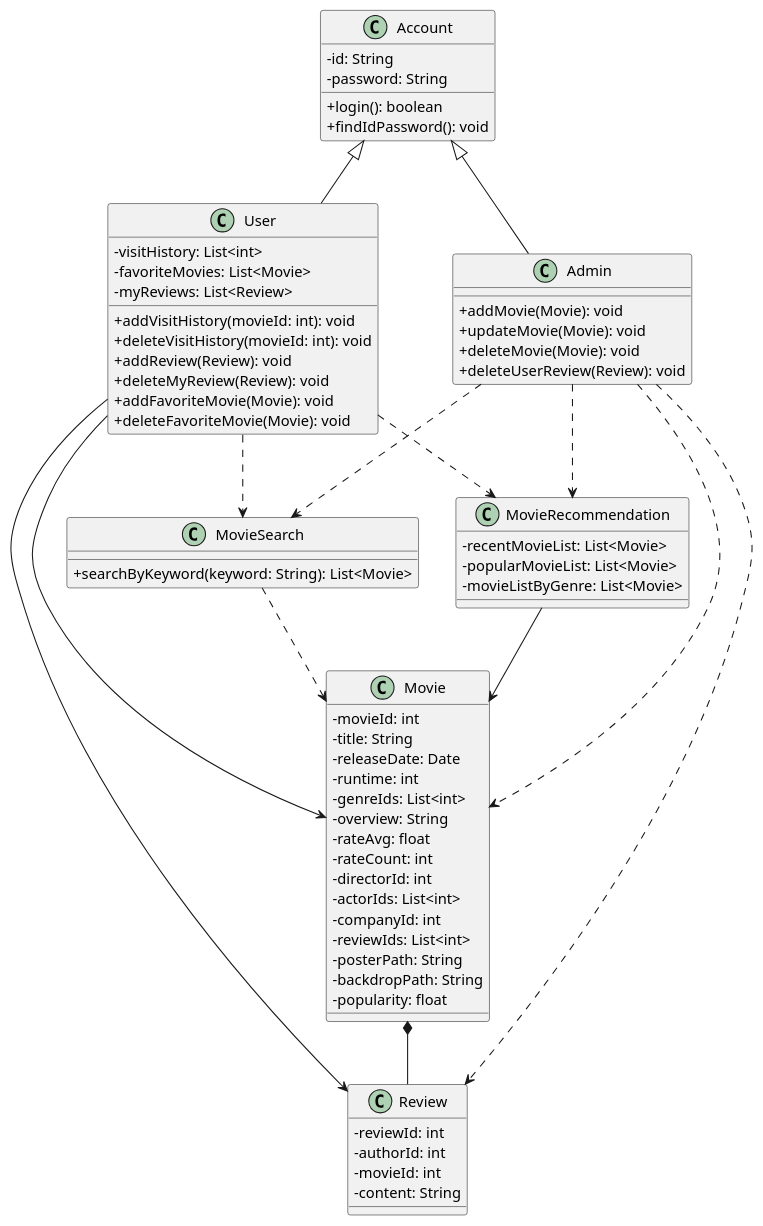
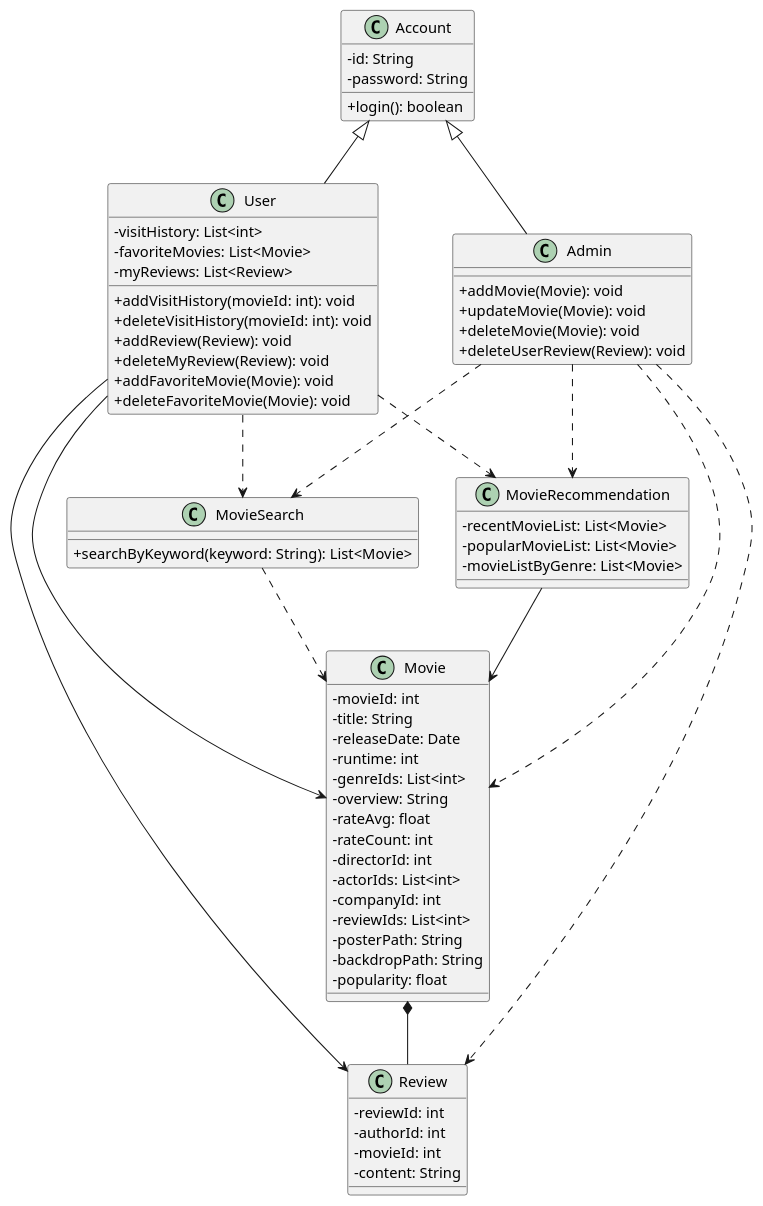
The diagram in src/class.puml (marmot8080/SWE), drawn with PlantUML before and after one commit.

Commit message:
update/ delete findlogin class

```diff
--- a/src/class.puml
+++ b/src/class.puml
@@ -1,87 +1,86 @@
 @startuml
 
 skinparam classAttributeIconSize 0
 
 class Account {
     - id: String
     - password: String
 
     + login(): boolean
-    + findIdPassword(): void
 }
 
 class User {
     - visitHistory: List<int>
     - favoriteMovies: List<Movie>
     - myReviews: List<Review>
 
     + addVisitHistory(movieId: int): void
     + deleteVisitHistory(movieId: int): void
     + addReview(Review): void
     + deleteMyReview(Review): void
     + addFavoriteMovie(Movie): void
     + deleteFavoriteMovie(Movie): void
 }
 
 class Admin {
     + addMovie(Movie): void
     + updateMovie(Movie): void
     + deleteMovie(Movie): void
     + deleteUserReview(Review): void
 }
 
 class Review {
     - reviewId: int
     - authorId: int
     - movieId: int
     - content: String
 }
 
 class Movie {
     - movieId: int
     - title: String
     - releaseDate: Date
     - runtime: int
     - genreIds: List<int>
     - overview: String
     - rateAvg: float
     - rateCount: int
     - directorId: int
     - actorIds: List<int>
     - companyId: int
     - reviewIds: List<int>
     - posterPath: String
     - backdropPath: String
     - popularity: float
 }
 
 class MovieSearch {
     + searchByKeyword(keyword: String): List<Movie>
 }
 
 class MovieRecommendation {
     - recentMovieList: List<Movie>
     - popularMovieList: List<Movie>
     - movieListByGenre: List<Movie>
 }
 
 Account ^-- User
 Account ^-- Admin
 
 User --> Movie
 User --> Review
 User ..> MovieRecommendation
 User ..> MovieSearch
 
 Admin ..> Movie
 Admin ..> Review
 Admin ..> MovieRecommendation
 Admin ..> MovieSearch
 
 Movie *-- Review
 
 MovieSearch ..> Movie
 
 MovieRecommendation --> Movie
 
 @enduml
```
